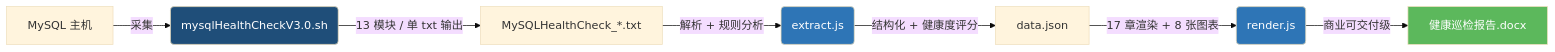
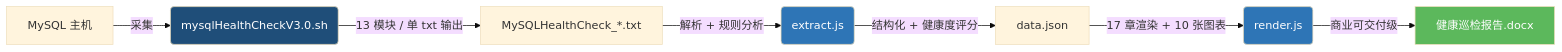
Before and after one commit to aimdotsh/mysql-healthcheck: the diagram in README.md, drawn with Mermaid (base theme). The commit also changed other lines of this file and 4 other files, not shown here.

First line of the commit message:
docs(report): update chart count documentation

````diff
--- a/README.md
+++ b/README.md
@@ -188,14 +188,14 @@
 ```mermaid
 flowchart LR
     A[MySQL 主机] -->|采集| B(mysqlHealthCheckV3.0.sh)
     B -->|13 模块 / 单 txt 输出| C[MySQLHealthCheck_*.txt]
     C -->|解析 + 规则分析| D(extract.js)
     D -->|结构化 + 健康度评分| E[data.json]
-    E -->|17 章渲染 + 8 张图表| F(render.js)
+    E -->|17 章渲染 + 10 张图表| F(render.js)
     F -->|商业可交付级| G[健康巡检报告.docx]
 
     style B fill:#1F4E79,color:#fff
     style D fill:#2E75B6,color:#fff
     style F fill:#2E75B6,color:#fff
     style G fill:#5CB85C,color:#fff
 ```
````
